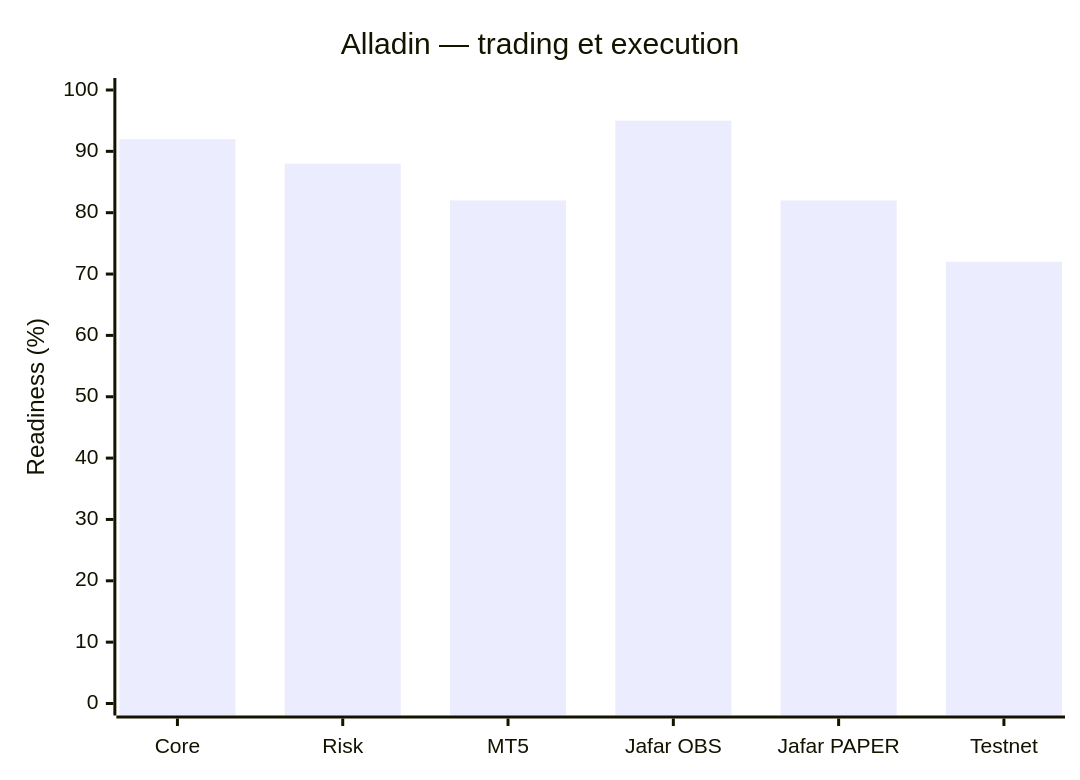
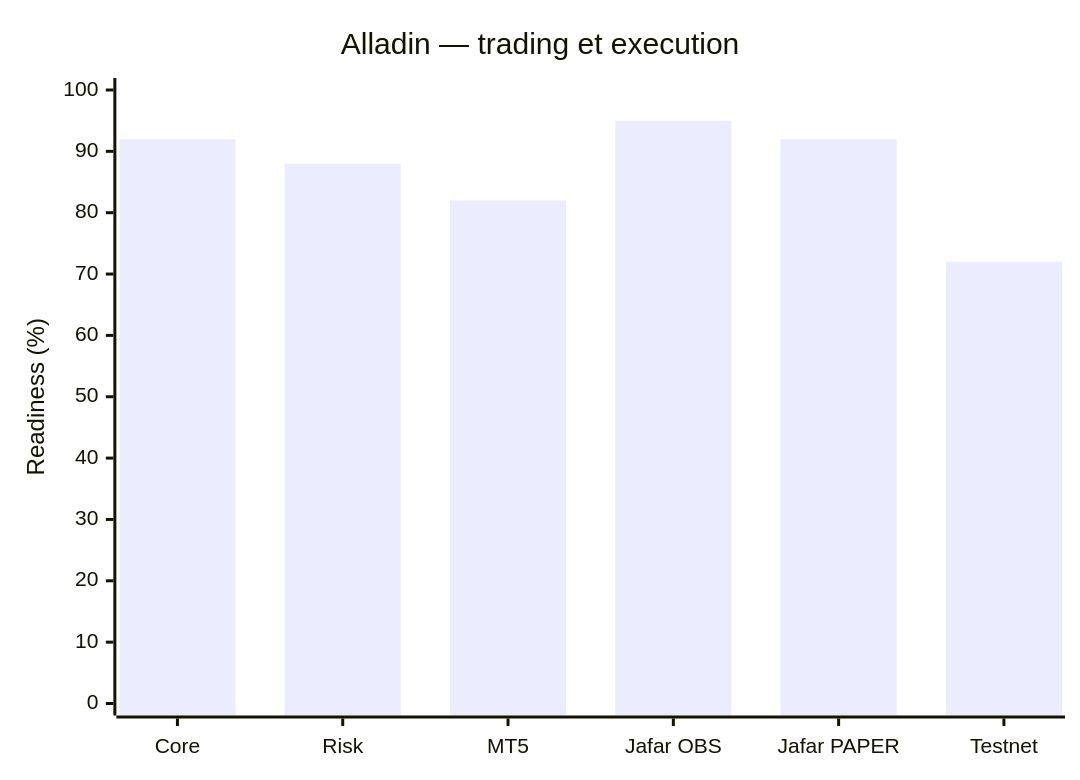
Before and after one commit to Monoru1/Alladin: the first of 3 diagrams in docs/AUTONOMY_PROGRESS.md, drawn with Mermaid. The commit also changed other lines of this file, not shown here.

````diff
--- a/docs/AUTONOMY_PROGRESS.md
+++ b/docs/AUTONOMY_PROGRESS.md
@@ -65,7 +65,7 @@
 ```mermaid
 xychart-beta
     title "Alladin — trading et execution"
     x-axis ["Core", "Risk", "MT5", "Jafar OBS", "Jafar PAPER", "Testnet"]
     y-axis "Readiness (%)" 0 --> 100
-    bar [92, 88, 82, 95, 82, 72]
+    bar [92, 88, 82, 95, 92, 72]
 ```
````
